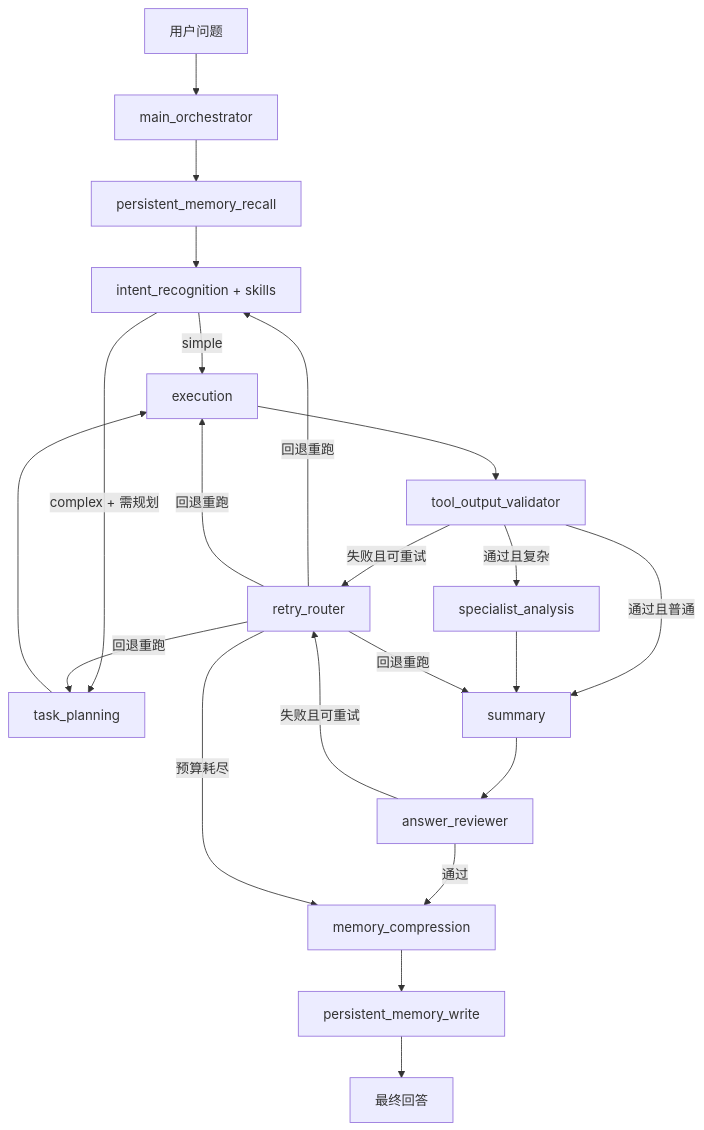
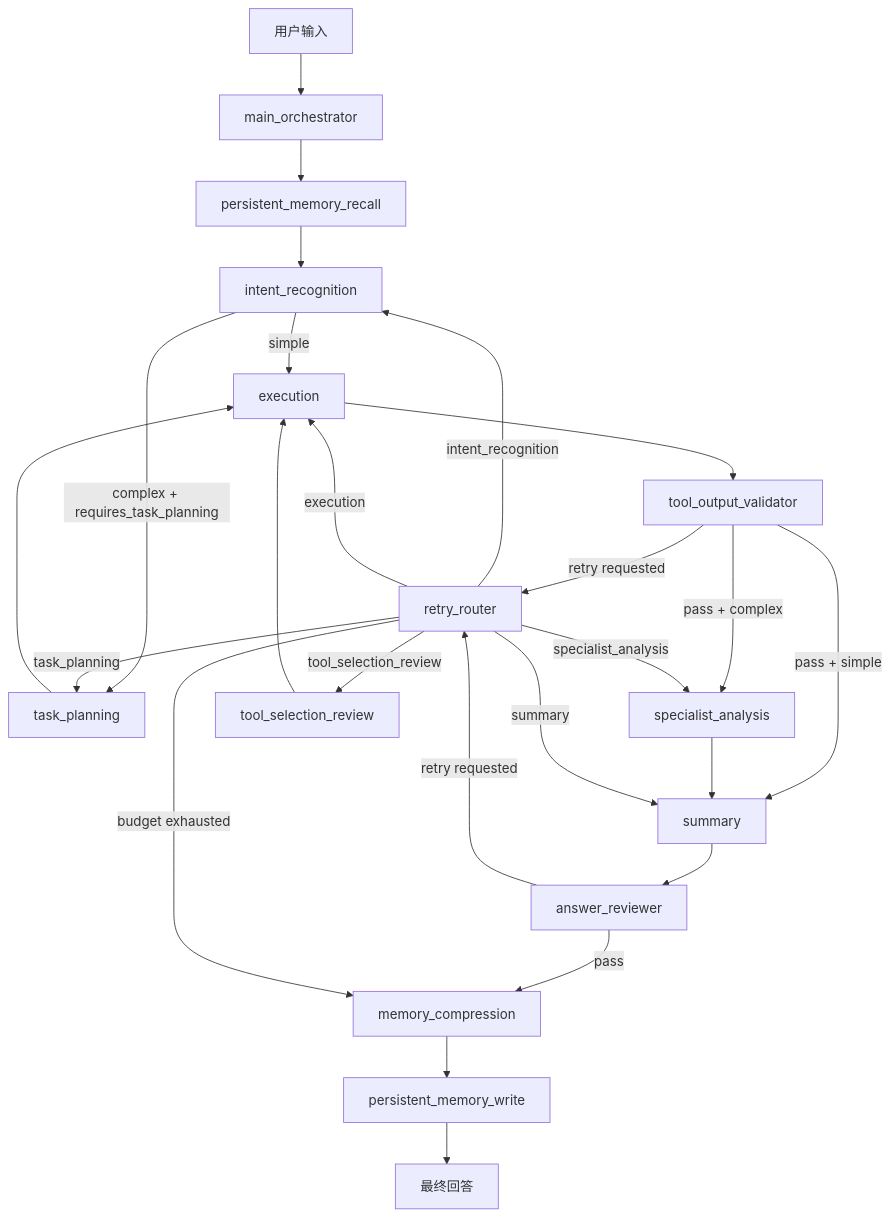
One commit to xxxsy11/DeltaForceAgent changed the diagram in docs/TECHNICAL_ARCHITECTURE.md. Above: the diagram before and after it, drawn with Mermaid. The commit also changed other lines of this file and 22 other files, not shown here.

````diff
--- a/docs/TECHNICAL_ARCHITECTURE.md
+++ b/docs/TECHNICAL_ARCHITECTURE.md
@@ -163,28 +26,32 @@
 ```mermaid
 flowchart TD
-    U[用户问题] --> ORCH[main_orchestrator]
-    ORCH --> RECALL[persistent_memory_recall]
-    RECALL --> INTENT[intent_recognition + skills]
-    INTENT -->|simple| EXEC[execution]
-    INTENT -->|complex + 需规划| PLAN[task_planning]
-    PLAN --> EXEC
+    U[用户输入] --> O[main_orchestrator]
+    O --> PR[persistent_memory_recall]
+    PR --> I[intent_recognition]
 
-    EXEC --> VLD[tool_output_validator]
-    VLD -->|失败且可重试| RETRY[retry_router]
-    VLD -->|通过且复杂| SPEC[specialist_analysis]
-    VLD -->|通过且普通| SUM[summary]
-    SPEC --> SUM
+    I -->|simple| E[execution]
+    I -->|complex + requires_task_planning| TP[task_planning]
+    TP --> E
 
-    SUM --> REVIEW[answer_reviewer]
-    REVIEW -->|失败且可重试| RETRY
-    REVIEW -->|通过| COMP[memory_compression]
+    E --> TV[tool_output_validator]
+    TV -->|retry requested| RR[retry_router]
+    TV -->|pass + complex| SA[specialist_analysis]
+    TV -->|pass + simple| S[summary]
+    SA --> S
 
-    RETRY -->|回退重跑| INTENT
-    RETRY -->|回退重跑| PLAN
-    RETRY -->|回退重跑| EXEC
-    RETRY -->|回退重跑| SUM
-    RETRY -->|预算耗尽| COMP
+    S --> AR[answer_reviewer]
+    AR -->|retry requested| RR
+    AR -->|pass| MC[memory_compression]
 
-    COMP --> WRITE[persistent_memory_write]
-    WRITE --> OUT[最终回答]
+    RR -->|intent_recognition| I
+    RR -->|tool_selection_review| TSR[tool_selection_review]
+    RR -->|task_planning| TP
+    RR -->|execution| E
+    RR -->|specialist_analysis| SA
+    RR -->|summary| S
+    RR -->|budget exhausted| MC
+
+    TSR --> E
+    MC --> PW[persistent_memory_write]
+    PW --> R[最终回答]
 ```
````
